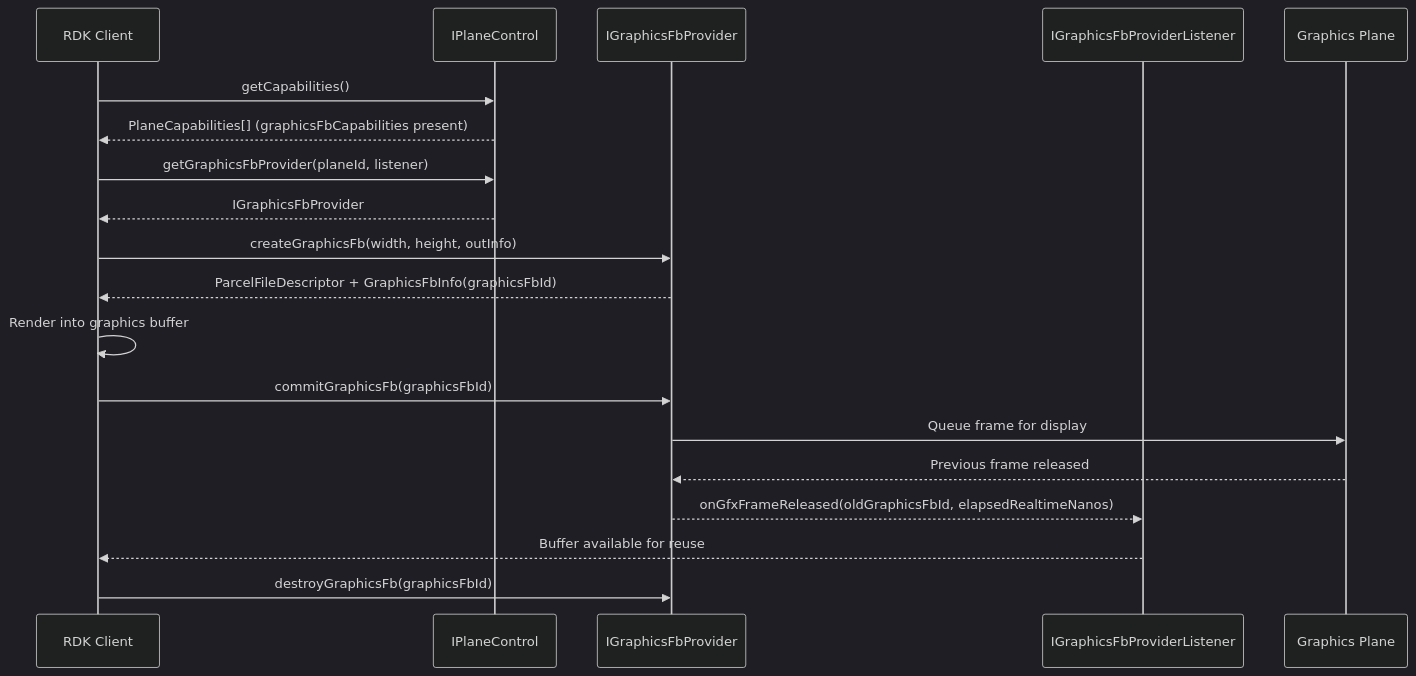
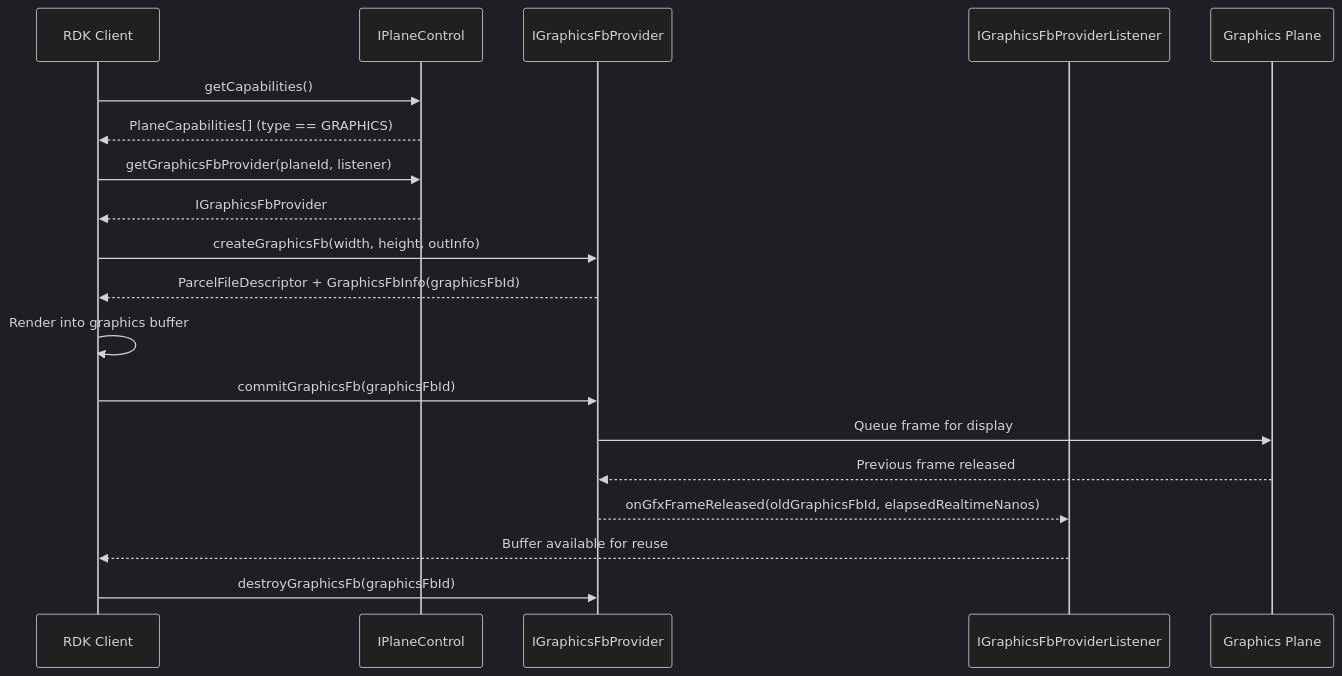
Before and after one commit to rdkcentral/rdk-halif-aidl: the third of 3 diagrams in docs/halif/plane_control/current/plane_control.md, drawn with Mermaid (dark theme).

Commit message:
Update plane_control.md. Updated sequence diagram for check to plane type == GRAPHICS.

````diff
--- a/docs/halif/plane_control/current/plane_control.md
+++ b/docs/halif/plane_control/current/plane_control.md
@@ -225,27 +225,27 @@
 ```mermaid
 sequenceDiagram
     participant Client as RDK Client
     participant PC as IPlaneControl
     participant Provider as IGraphicsFbProvider
     participant Listener as IGraphicsFbProviderListener
     participant Plane as Graphics Plane
 
     Client->>PC: getCapabilities()
-    PC-->>Client: PlaneCapabilities[] (graphicsFbCapabilities present)
+    PC-->>Client: PlaneCapabilities[] (type == GRAPHICS)
 
     Client->>PC: getGraphicsFbProvider(planeId, listener)
     PC-->>Client: IGraphicsFbProvider
 
     Client->>Provider: createGraphicsFb(width, height, outInfo)
     Provider-->>Client: ParcelFileDescriptor + GraphicsFbInfo(graphicsFbId)
 
     Client->>Client: Render into graphics buffer
     Client->>Provider: commitGraphicsFb(graphicsFbId)
     Provider->>Plane: Queue frame for display
 
     Plane-->>Provider: Previous frame released
     Provider-->>Listener: onGfxFrameReleased(oldGraphicsFbId, elapsedRealtimeNanos)
     Listener-->>Client: Buffer available for reuse
 
     Client->>Provider: destroyGraphicsFb(graphicsFbId)
 ```
````
